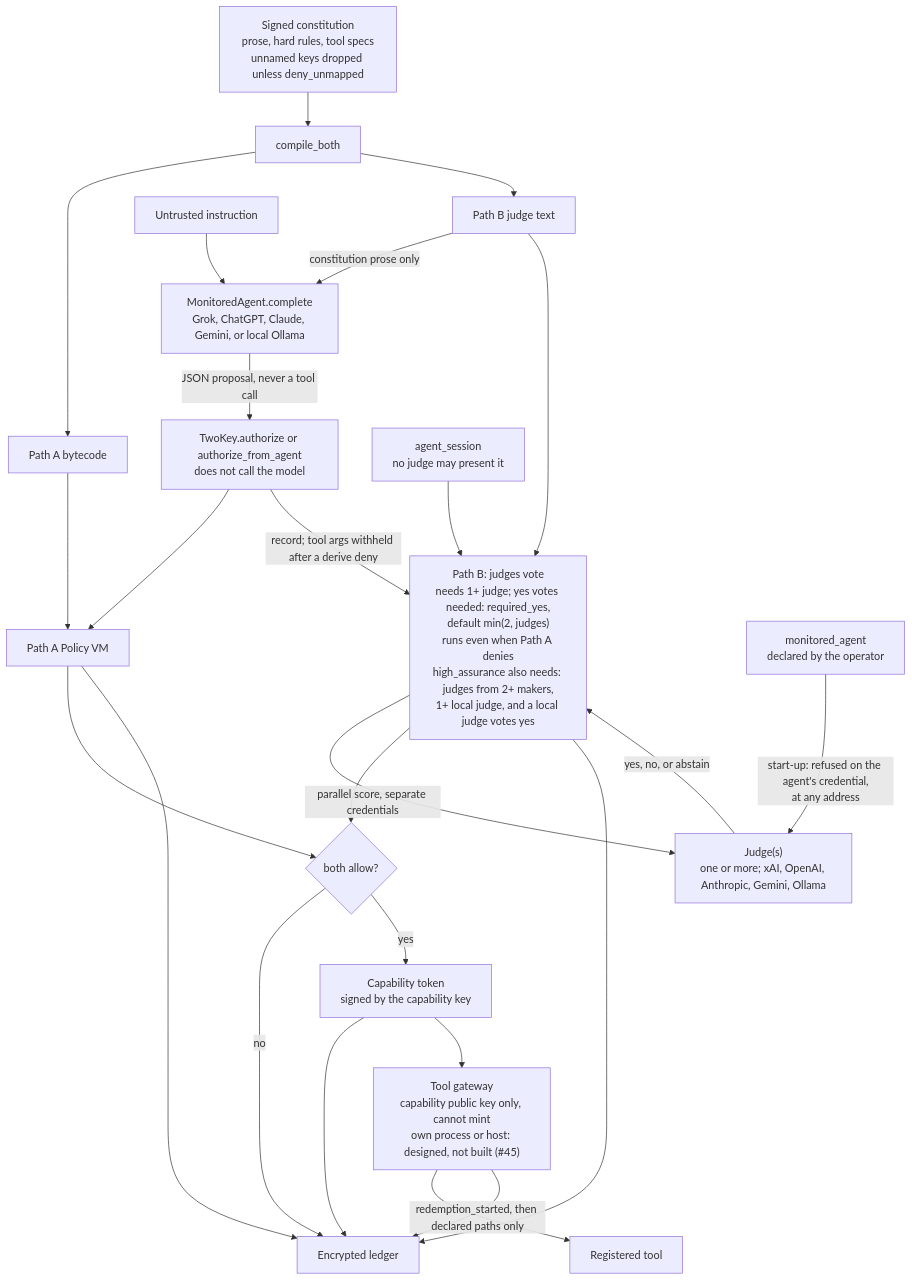
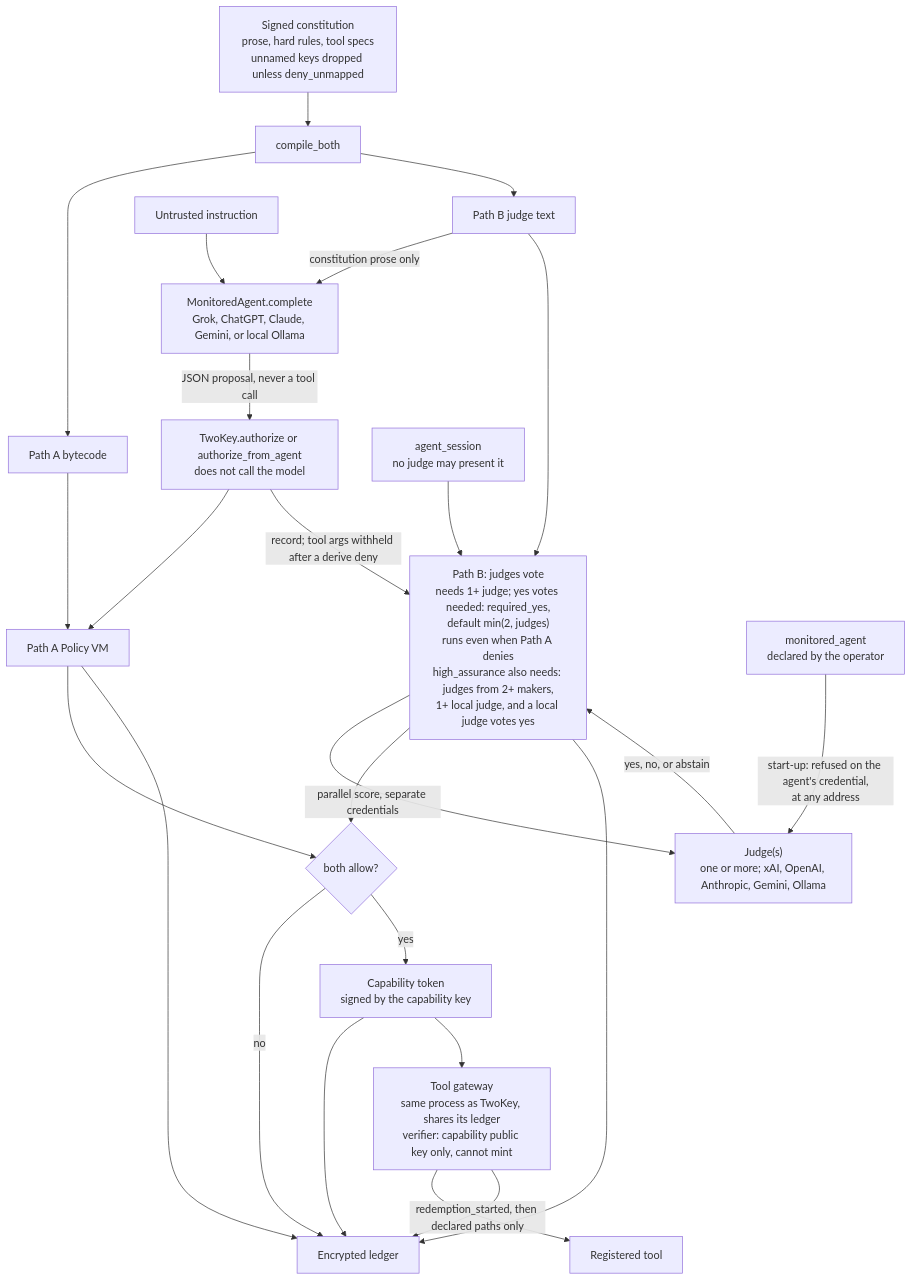
One commit to Insomniac-VibeLabs/two-key changed the first of 3 diagrams in README.md. Above: the diagram before and after it, drawn with Mermaid. The commit also changed other lines of this file and 14 other files, not shown here.

First line of the commit message:
Gateway runs in the TwoKey process; split deployment unsupported (#45)

````diff
--- a/README.md
+++ b/README.md
@@ -98,27 +98,27 @@
 ```mermaid
 flowchart TD
   constitution["Signed constitution<br/>prose, hard rules, tool specs<br/>unnamed keys dropped unless deny_unmapped"] --> compile["compile_both"]
   compile --> bytecode["Path A bytecode"]
   compile --> judgeText["Path B judge text"]
   instruction["Untrusted instruction"] --> agent["MonitoredAgent.complete<br/>Grok, ChatGPT, Claude, Gemini, or local Ollama"]
   judgeText -->|"constitution prose only"| agent
   agent -->|"JSON proposal, never a tool call"| authorize["TwoKey.authorize or authorize_from_agent<br/>does not call the model"]
   bytecode --> pathA["Path A Policy VM"]
   authorize --> pathA
   authorize -->|"record; tool args withheld after a derive deny"| pathB["Path B: judges vote<br/>needs 1+ judge; yes votes needed: required_yes,<br/>default min(2, judges)<br/>runs even when Path A denies<br/>high_assurance also needs: judges from 2+ makers,<br/>1+ local judge, and a local judge votes yes"]
   judgeText --> pathB
   declared["monitored_agent<br/>declared by the operator"] -->|"start-up: refused on the agent's credential,<br/>at any address"| judges
   session["agent_session<br/>no judge may present it"] --> pathB
   pathB -->|"parallel score, separate credentials"| judges["Judge(s)<br/>one or more; xAI, OpenAI, Anthropic, Gemini, Ollama"]
   judges -->|"yes, no, or abstain"| pathB
   pathA --> gate{"both allow?"}
   pathB --> gate
   pathA --> ledger["Encrypted ledger"]
   pathB --> ledger
   gate -->|no| ledger
   gate -->|yes| token["Capability token<br/>signed by the capability key"]
   token --> ledger
-  token --> gateway["Tool gateway<br/>capability public key only, cannot mint<br/>own process or host: designed, not built (#45)"]
+  token --> gateway["Tool gateway<br/>same process as TwoKey, shares its ledger<br/>verifier: capability public key only, cannot mint"]
   gateway -->|"redemption_started, then declared paths only"| tool["Registered tool"]
   gateway --> ledger
 ```
````
